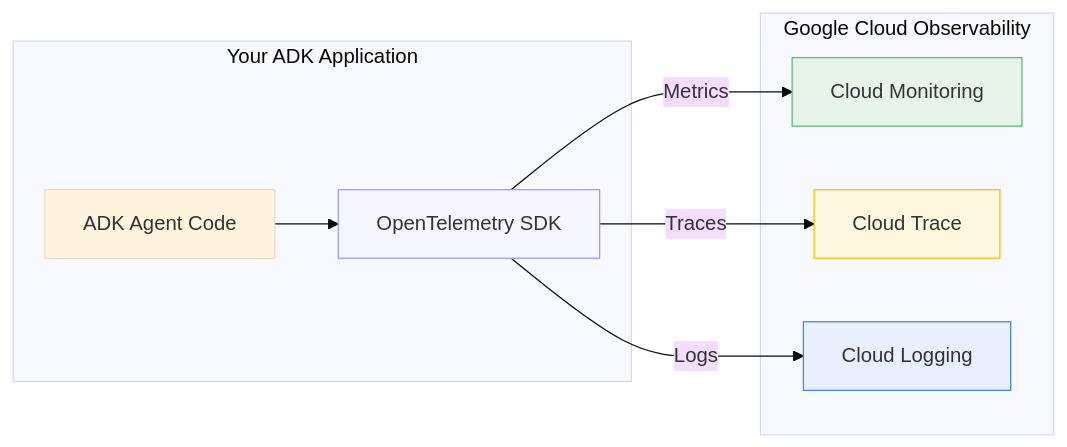
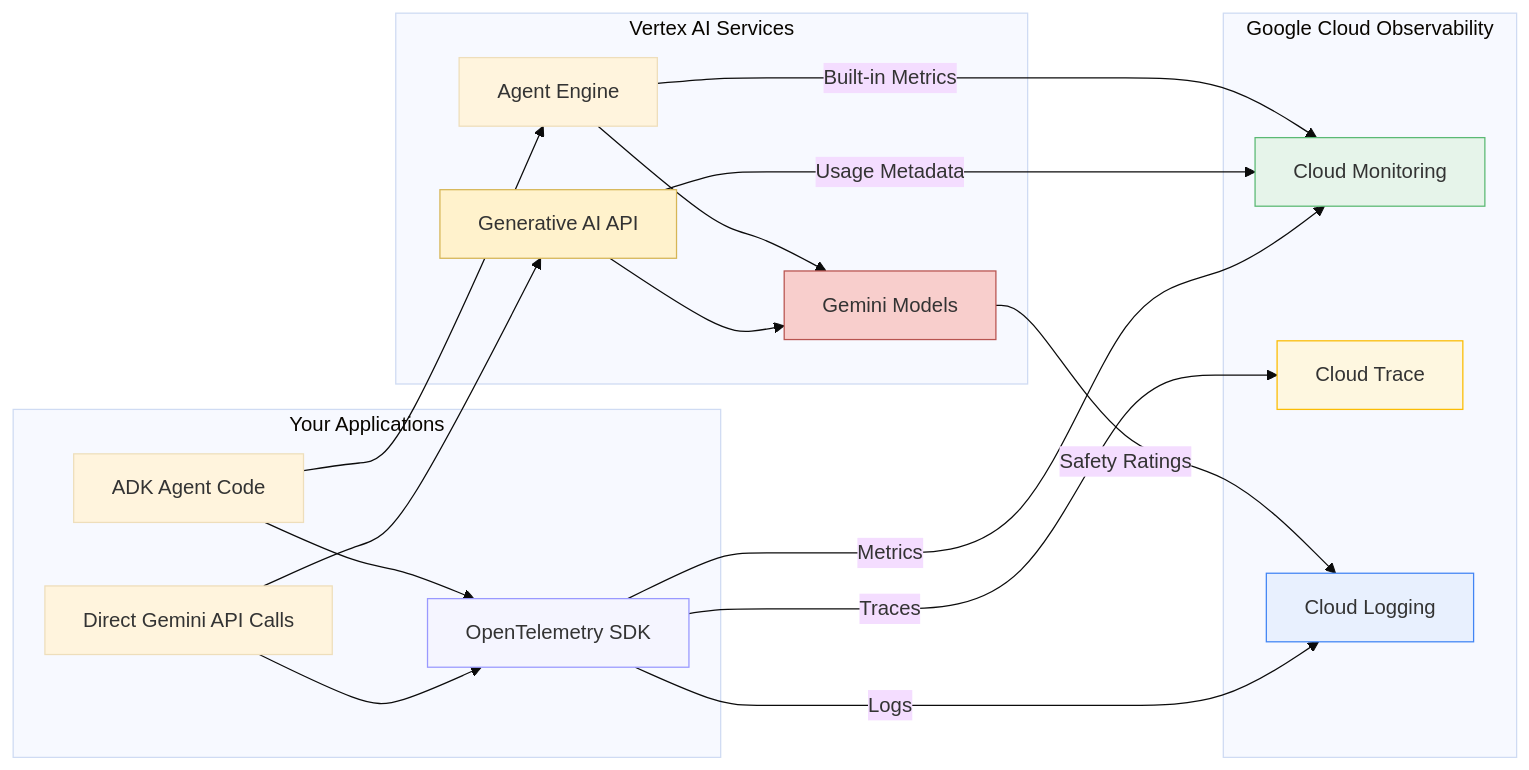
Before and after one commit to raphaelmansuy/tutorials: the diagram in 31_observability_llm_adk_vertex.md, drawn with Mermaid (base theme). The commit also changed other lines of this file, not shown here.

````diff
--- a/31_observability_llm_adk_vertex.md
+++ b/31_observability_llm_adk_vertex.md
@@ -96,23 +99,42 @@
 ```mermaid
 flowchart LR
-    subgraph "Your ADK Application"
-        APP[ADK Agent Code]
+    subgraph "Your Applications"
+        APP[Direct Gemini API Calls]
+        ADK[ADK Agent Code]
         OTEL[OpenTelemetry SDK]
+    end
+
+    subgraph "Vertex AI Services"
+        GENAI[Generative AI API]
+        ENGINE[Agent Engine]
+        MODEL[Gemini Models]
     end
 
     subgraph "Google Cloud Observability"
         CM[Cloud Monitoring]
         CT[Cloud Trace]
         CL[Cloud Logging]
     end
 
+    APP --> GENAI
+    ADK --> ENGINE
+    GENAI --> MODEL
+    ENGINE --> MODEL
+    
     APP --> OTEL
+    ADK --> OTEL
     OTEL -->|Metrics| CM
     OTEL -->|Traces| CT
     OTEL -->|Logs| CL
+
+    GENAI -->|Usage Metadata| CM
+    ENGINE -->|Built-in Metrics| CM
+    MODEL -->|Safety Ratings| CL
 
     style OTEL fill:#f5f5ff,stroke:#9999ff
     style CM fill:#e6f4ea,stroke:#5bb974
     style CT fill:#fef7e0,stroke:#fbbc04
     style CL fill:#e8f0fe,stroke:#4285f4
+    style GENAI fill:#fff2cc,stroke:#d6b656
+    style MODEL fill:#f8cecc,stroke:#b85450
 ```
````
